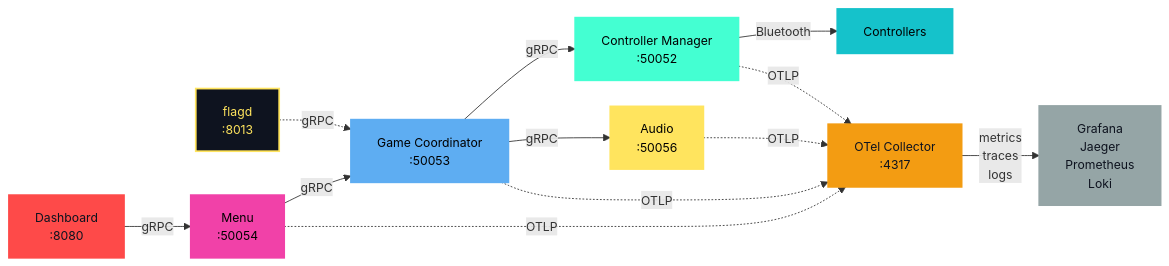
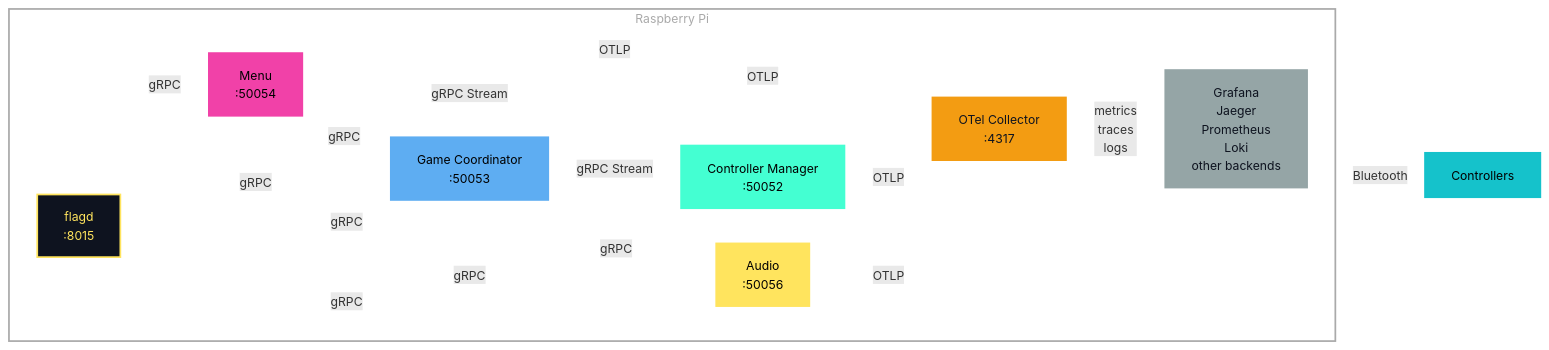
Before and after one commit to WatchMeJoustMyFlags/kubecon-material: the fourth of 6 diagrams in cloud-native-linz-presentation/slides.md, drawn with Mermaid. The commit also changed other lines of this file, not shown here.

````diff
--- a/cloud-native-linz-presentation/slides.md
+++ b/cloud-native-linz-presentation/slides.md
@@ -161,36 +337,46 @@
 ```mermaid {scale:0.75}
 %%{init: {'themeVariables': {'fontSize': '14px'}, 'flowchart': {'nodeSpacing': 30, 'rankSpacing': 40}}}%%
 graph LR
-    Dashboard[Dashboard<br/>:8080]
-    Flagd[flagd<br/>:8013]
-    Menu[Menu<br/>:50054]
-    GC[Game Coordinator<br/>:50053]
-    CM[Controller Manager<br/>:50052]
-    Audio[Audio<br/>:50056]
+
+    subgraph RaspberryPi["Raspberry Pi"]
+        direction LR
+        Menu[Menu<br/>:50054]
+        GC[Game Coordinator<br/>:50053]
+        CM[Controller Manager<br/>:50052]
+        Audio[Audio<br/>:50056]
+    
+        Flagd[flagd<br/>:8015]
+        OTel[OTel Collector<br/>:4317]
+        Observability[Grafana<br/>Jaeger<br/>Prometheus<br/>Loki<br/>other backends]
+    end
+    
     Controllers[Controllers]
-    OTel[OTel Collector<br/>:4317]
-    Observability[Grafana<br/>Jaeger<br/>Prometheus<br/>Loki]
-
-    Dashboard -->|gRPC| Menu
+        
     Menu -->|gRPC| GC
-    GC -->|gRPC| CM
+    Menu <-->|gRPC Stream| CM
+    GC <-->|gRPC Stream| CM
     GC -->|gRPC| Audio
+    Menu -->|gRPC| Audio
     Flagd -.->|gRPC| GC
+    Flagd -.->|gRPC| Audio
+    Flagd -.->|gRPC| Menu
+    Flagd -.->|gRPC| CM
     CM -->|Bluetooth| Controllers
 
     Menu -.->|OTLP| OTel
     GC -.->|OTLP| OTel
     CM -.->|OTLP| OTel
     Audio -.->|OTLP| OTel
     OTel -->|metrics<br/>traces<br/>logs| Observability
 
-    style Dashboard fill:#fe4a49,stroke:#fe4a49,stroke-width:2px,color:#0e131f
     style Flagd fill:#0e131f,stroke:#ffe45e,stroke-width:2px,color:#ffe45e
     style Menu fill:#f141a8,stroke:#f141a8,stroke-width:2px,color:#000000
     style GC fill:#5eadf2,stroke:#5eadf2,stroke-width:2px,color:#000000
     style CM fill:#44ffd2,stroke:#44ffd2,stroke-width:2px,color:#000000
     style Audio fill:#ffe45e,stroke:#ffe45e,stroke-width:2px,color:#000000
     style Controllers fill:#15c2cb,stroke:#15c2cb,stroke-width:2px,color:#000000
     style OTel fill:#f39c12,stroke:#f39c12,stroke-width:2px,color:#0e131f
     style Observability fill:#95a5a6,stroke:#95a5a6,stroke-width:2px,color:#0e131f
+    style RaspberryPi fill:transparent,stroke:#aaaaaa,stroke-width:2px,color:#aaaaaa
+    linkStyle default stroke:#ffffff,fill:none
 ```
````
